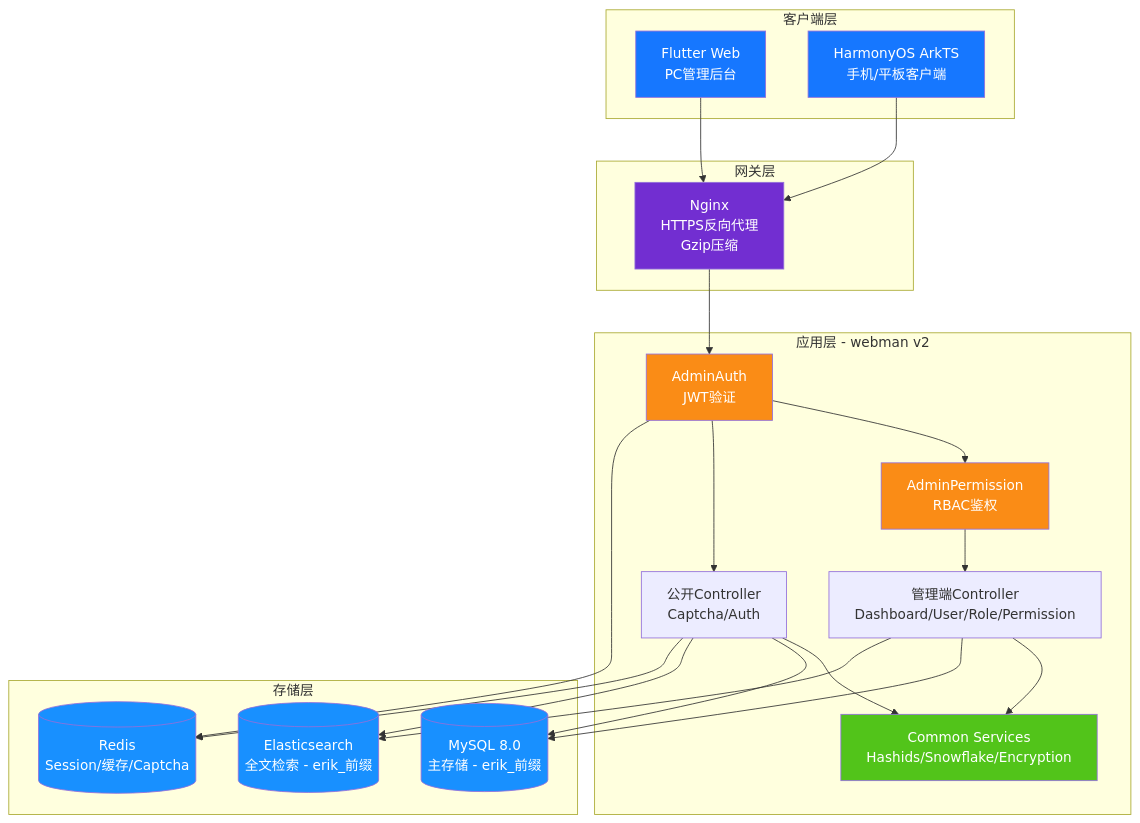
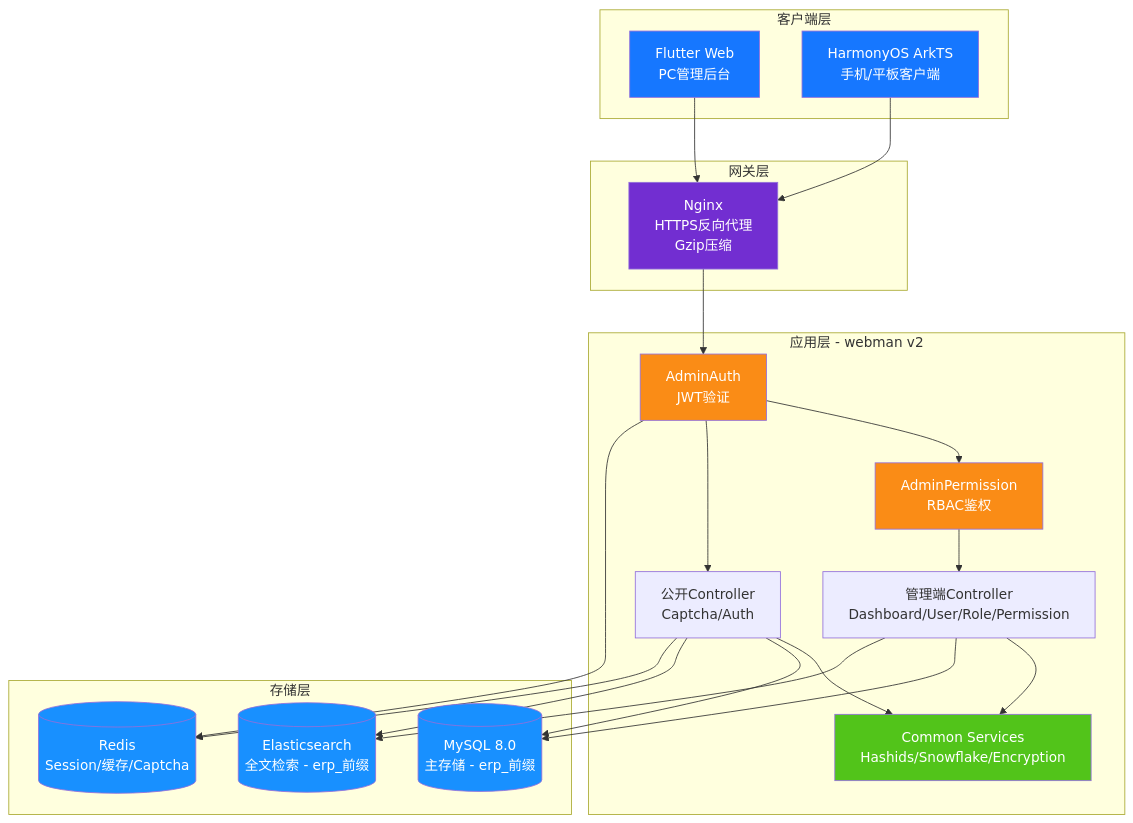
Before and after one commit to erikwang2013/erp-php: the diagram in docs/i18n/ko/diagrams/01-system-architecture.md, drawn with Mermaid. The commit also changed 449 other files, not shown here.

First line of the commit message:
全局命名统一：数据库 erp、表前缀 erp_、Redis 前缀 erp:（原 erik_/open_admin）

````diff
--- a/docs/i18n/ko/diagrams/01-system-architecture.md
+++ b/docs/i18n/ko/diagrams/01-system-architecture.md
@@ -3,50 +3,50 @@
 ```mermaid
 flowchart TB
     subgraph clients["客户端层"]
         flutter["Flutter Web<br/>PC管理后台"]
         harmony["HarmonyOS ArkTS<br/>手机/平板客户端"]
     end
 
     subgraph gateway["网关层"]
         nginx["Nginx<br/>HTTPS反向代理<br/>Gzip压缩"]
     end
 
     subgraph app["应用层 - webman v2"]
         auth["AdminAuth<br/>JWT验证"]
         perm["AdminPermission<br/>RBAC鉴权"]
         admin["管理端Controller<br/>Dashboard/User/Role/Permission"]
         public["公开Controller<br/>Captcha/Auth"]
         common["Common Services<br/>Hashids/Snowflake/Encryption"]
     end
 
     subgraph storage["存储层"]
-        mysql[("MySQL 8.0<br/>主存储 - erik_前缀")]
-        es[("Elasticsearch<br/>全文检索 - erik_前缀")]
+        mysql[("MySQL 8.0<br/>主存储 - erp_前缀")]
+        es[("Elasticsearch<br/>全文检索 - erp_前缀")]
         redis[("Redis<br/>Session/缓存/Captcha")]
     end
 
     flutter --> nginx
     harmony --> nginx
     nginx --> auth
     auth --> perm
     perm --> admin
     auth --> public
     admin --> common
     public --> common
     admin --> mysql
     public --> mysql
     admin --> es
     public --> es
     auth --> redis
     public --> redis
 
     style flutter fill:#1677FF,color:#fff
     style harmony fill:#1677FF,color:#fff
     style nginx fill:#722ED1,color:#fff
     style auth fill:#FA8C16,color:#fff
     style perm fill:#FA8C16,color:#fff
     style common fill:#52C41A,color:#fff
     style mysql fill:#1890FF,color:#fff
     style es fill:#1890FF,color:#fff
     style redis fill:#1890FF,color:#fff
 ```
````
